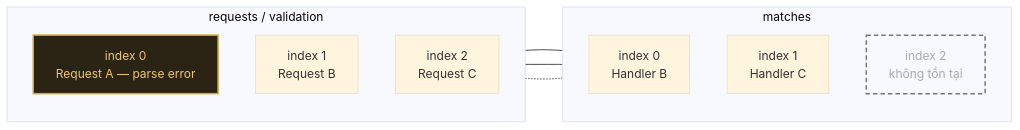
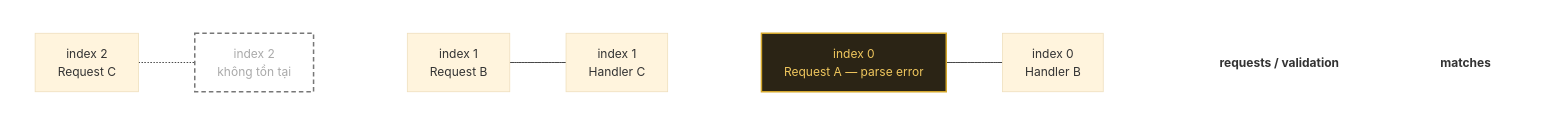
The second of 4 diagrams in _posts/2026-08-09-wp2shell-analysis.md (minhmd25/minhmd25.github.io), drawn with Mermaid (base theme) before and after one commit.

````diff
--- a/_posts/2026-08-09-wp2shell-analysis.md
+++ b/_posts/2026-08-09-wp2shell-analysis.md
@@ -116,25 +116,33 @@
 ```mermaid
-flowchart LR
-    subgraph R["requests / validation"]
-        direction TB
-        A["index 0<br/>Request A — parse error"]
-        B["index 1<br/>Request B"]
-        C["index 2<br/>Request C"]
+flowchart TB
+    subgraph HEAD[" "]
+        direction LR
+        LEFT["requests / validation"] ~~~ RIGHT["matches"]
     end
 
-    subgraph M["matches"]
-        direction TB
-        MB["index 0<br/>Handler B"]
-        MC["index 1<br/>Handler C"]
-        EMPTY["index 2<br/>không tồn tại"]
+    subgraph ROW0[" "]
+        direction LR
+        A["index 0<br/>Request A — parse error"] --- MB["index 0<br/>Handler B"]
     end
 
-    A --- MB
-    B --- MC
-    C -.- EMPTY
+    subgraph ROW1[" "]
+        direction LR
+        B["index 1<br/>Request B"] --- MC["index 1<br/>Handler C"]
+    end
 
+    subgraph ROW2[" "]
+        direction LR
+        C["index 2<br/>Request C"] -.- EMPTY["index 2<br/>không tồn tại"]
+    end
+
+    classDef header fill:transparent,stroke:transparent,font-weight:bold
     classDef error fill:#2b2415,stroke:#d4a72c,color:#f0c75e,stroke-width:2px
     classDef missing fill:transparent,stroke:#777,color:#aaa,stroke-width:2px,stroke-dasharray:6 4
+    class LEFT,RIGHT header
     class A error
     class EMPTY missing
+    style HEAD fill:transparent,stroke:transparent
+    style ROW0 fill:transparent,stroke:transparent
+    style ROW1 fill:transparent,stroke:transparent
+    style ROW2 fill:transparent,stroke:transparent
 ```
````
